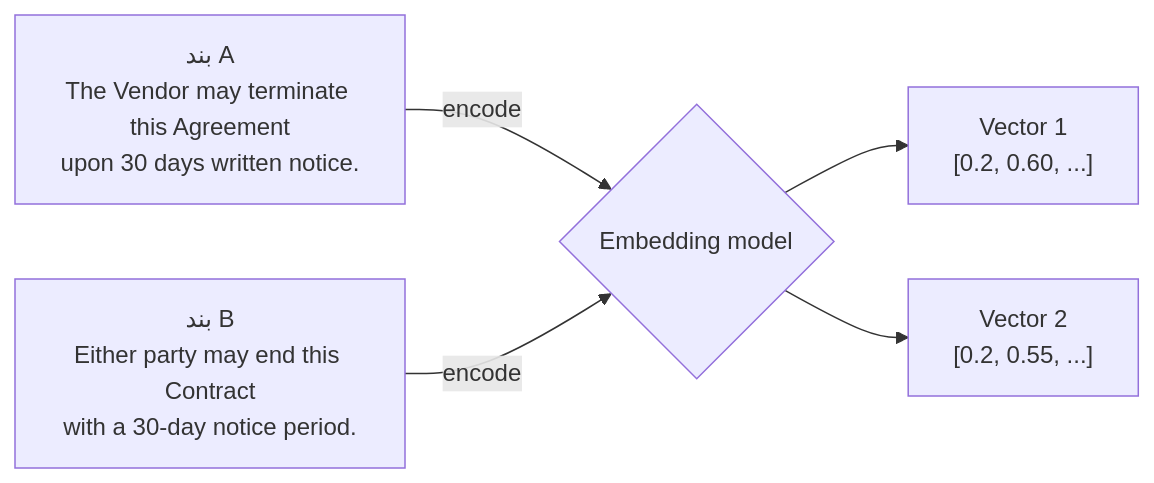
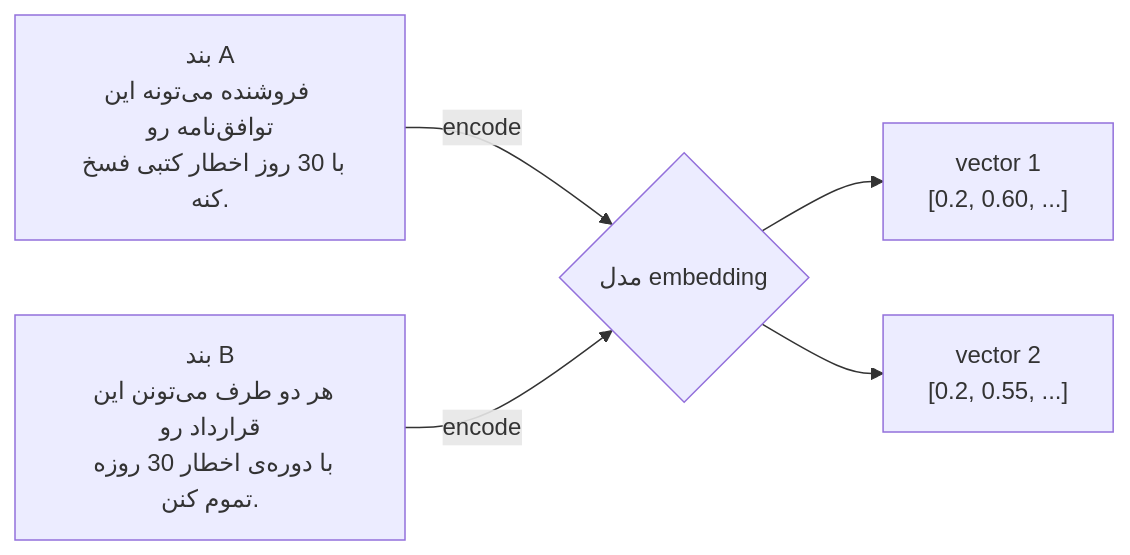
Before and after one commit to lokumai/ai-engineering-bazaar: the third of 5 diagrams in mini-courses/1_fundamentals/rag_fa.md, drawn with Mermaid. The commit also changed other lines of this file and 63 other files, not shown here.

````diff
--- a/mini-courses/1_fundamentals/rag_fa.md
+++ b/mini-courses/1_fundamentals/rag_fa.md
@@ -84,7 +80,7 @@
 ```mermaid
 graph LR
-    A["بند A<br/>The Vendor may terminate this Agreement<br/>upon 30 days written notice."] -->|encode| M{Embedding model}
-    B["بند B<br/>Either party may end this Contract<br/>with a 30-day notice period."] -->|encode| M
-    M --> V1["Vector 1<br/>[0.2, 0.60, ...]"]
-    M --> V2["Vector 2<br/>[0.2, 0.55, ...]"]
+    A["بند A<br/>فروشنده می‌تونه این توافق‌نامه رو<br/>با 30 روز اخطار کتبی فسخ کنه."] -->|encode| M{مدل embedding}
+    B["بند B<br/>هر دو طرف می‌تونن این قرارداد رو<br/>با دوره‌ی اخطار 30 روزه تموم کنن."] -->|encode| M
+    M --> V1["vector 1<br/>[0.2, 0.60, ...]"]
+    M --> V2["vector 2<br/>[0.2, 0.55, ...]"]
 ```
````
